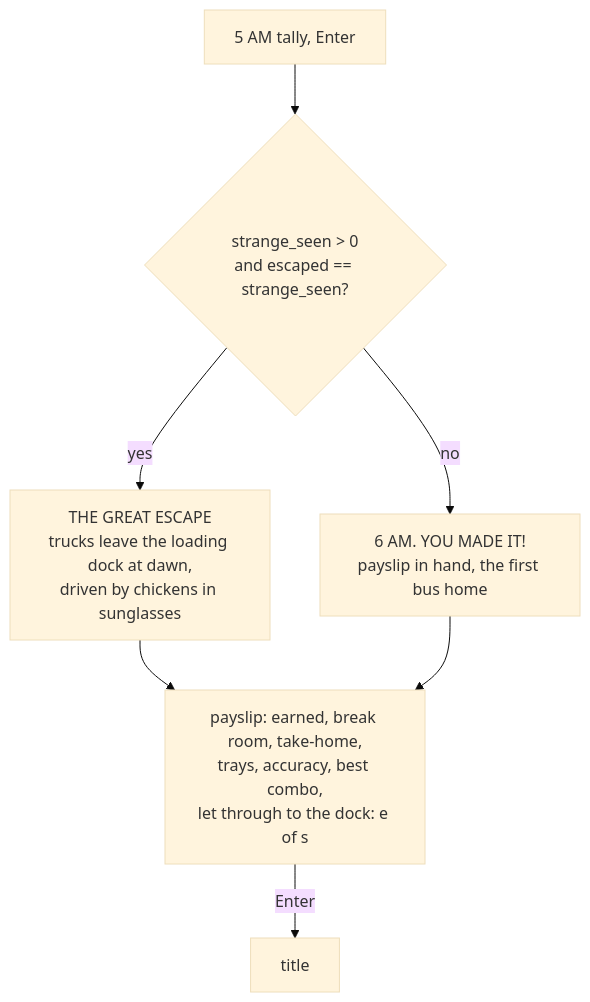
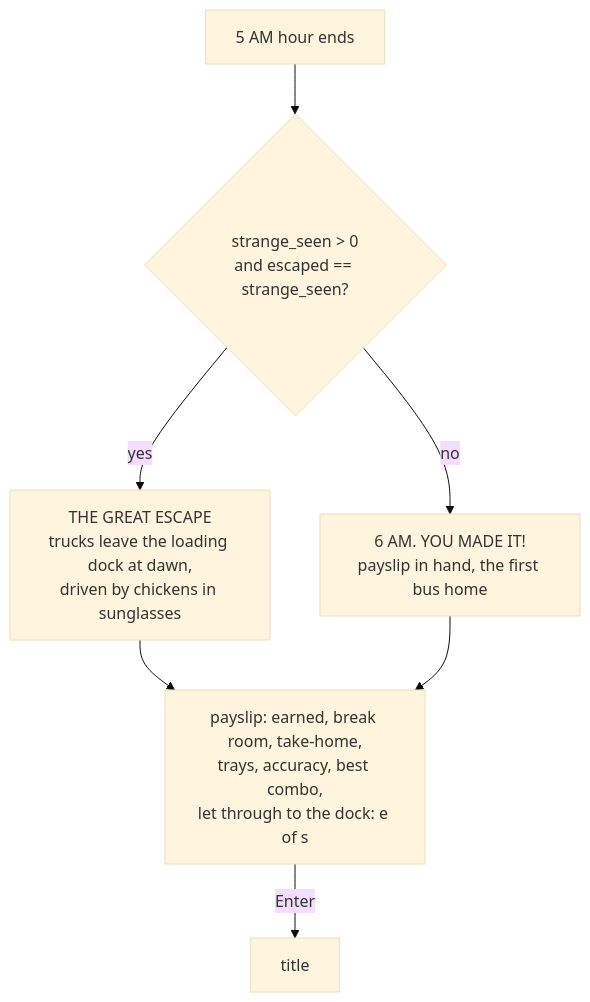
Before and after one commit to NiloyBhattacharjee/cluck-shift: diagram 12 of 15 in docs/design.md, drawn with Mermaid (base theme). The commit also changed other lines of this file and 10 other files, not shown here.

````diff
--- a/docs/design.md
+++ b/docs/design.md
@@ -677,9 +677,9 @@
 ```mermaid
 flowchart TD
-    W[5 AM tally, Enter] --> Q{strange_seen > 0<br/>and escaped == strange_seen?}
+    W[5 AM hour ends] --> Q{strange_seen > 0<br/>and escaped == strange_seen?}
     Q -->|yes| S[THE GREAT ESCAPE<br/>trucks leave the loading dock at dawn,<br/>driven by chickens in sunglasses]
     Q -->|no| N[6 AM. YOU MADE IT!<br/>payslip in hand, the first bus home]
     S --> P[payslip: earned, break room, take-home,<br/>trays, accuracy, best combo,<br/>let through to the dock: e of s]
     N --> P
     P -->|Enter| M[title]
 ```
````
